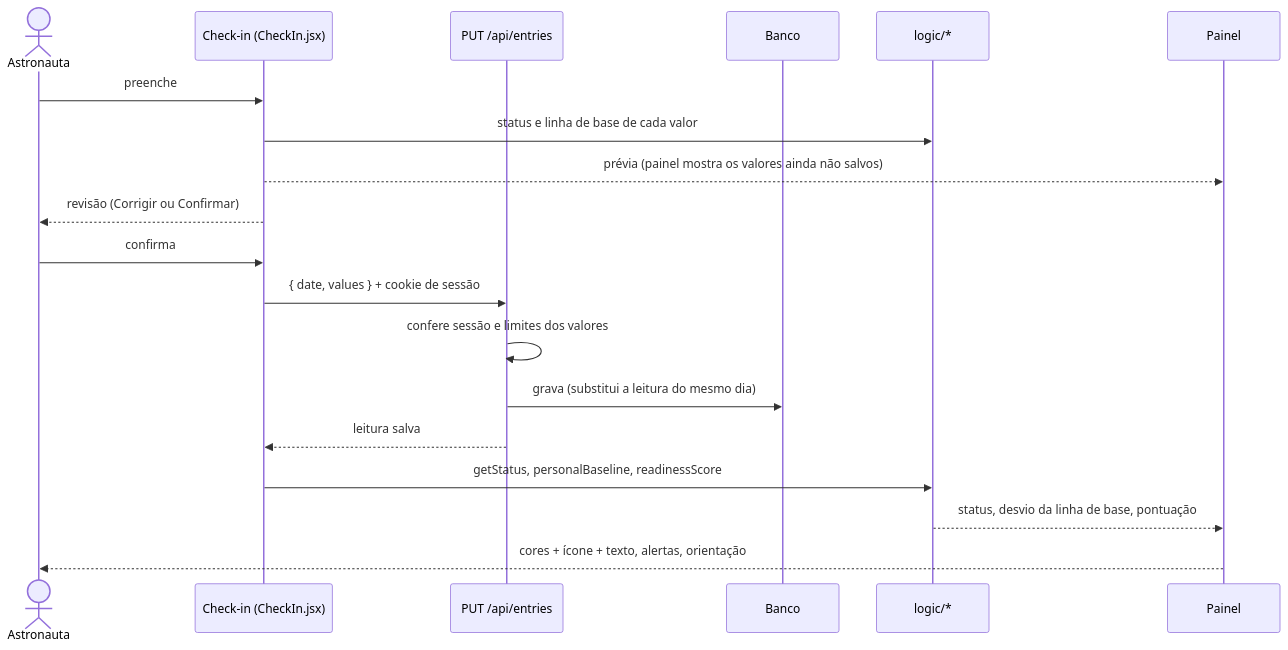
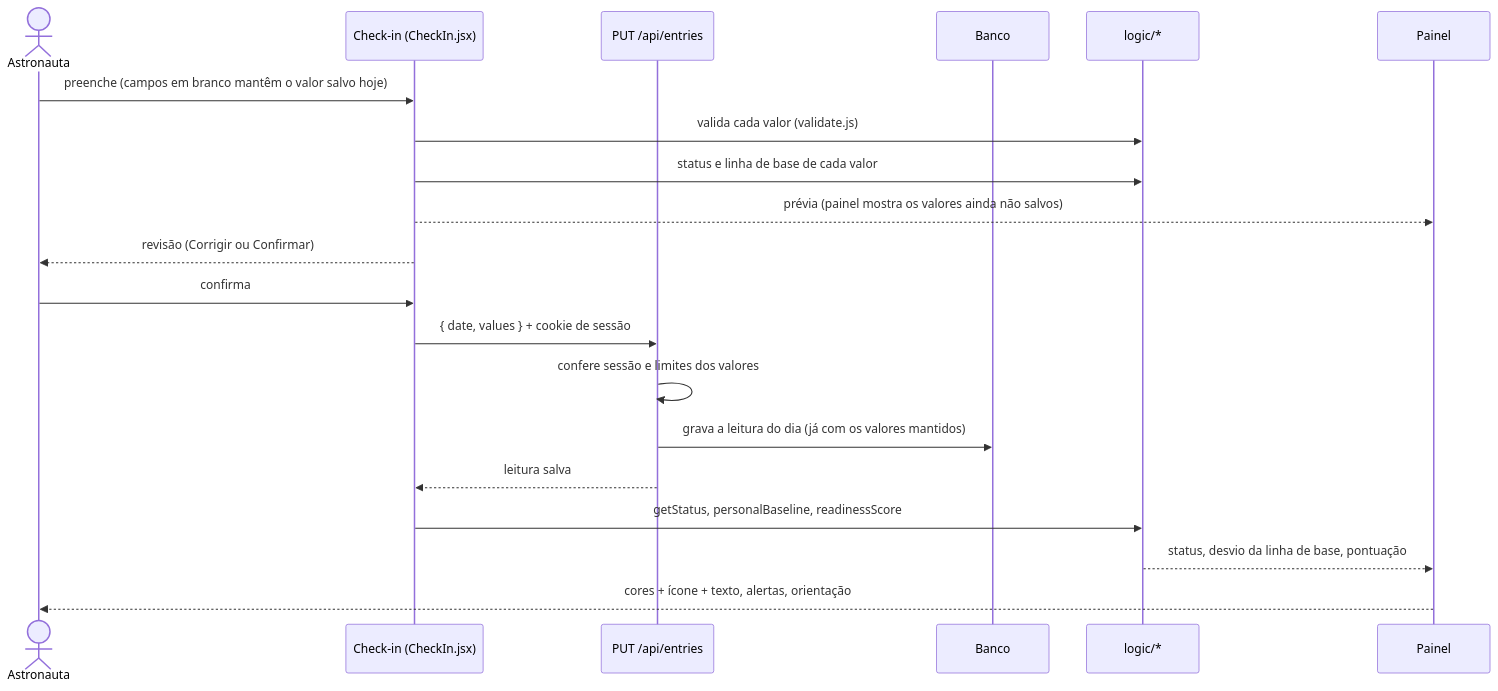
One commit to arthursouto09/Health-Monitoring-Software changed the second of 3 diagrams in docs/arquitetura.md. Above: the diagram before and after it, drawn with Mermaid. The commit also changed other lines of this file and 5 other files, not shown here.

````diff
--- a/docs/arquitetura.md
+++ b/docs/arquitetura.md
@@ -74,22 +74,23 @@
 ```mermaid
 sequenceDiagram
     actor A as Astronauta
     participant C as Check-in (CheckIn.jsx)
     participant API as PUT /api/entries
     participant DB as Banco
     participant L as logic/*
     participant P as Painel
 
-    A->>C: preenche
+    A->>C: preenche (campos em branco mantêm o valor salvo hoje)
+    C->>L: valida cada valor (validate.js)
     C->>L: status e linha de base de cada valor
     C-->>P: prévia (painel mostra os valores ainda não salvos)
     C-->>A: revisão (Corrigir ou Confirmar)
     A->>C: confirma
     C->>API: { date, values } + cookie de sessão
     API->>API: confere sessão e limites dos valores
-    API->>DB: grava (substitui a leitura do mesmo dia)
+    API->>DB: grava a leitura do dia (já com os valores mantidos)
     API-->>C: leitura salva
     C->>L: getStatus, personalBaseline, readinessScore
     L-->>P: status, desvio da linha de base, pontuação
     P-->>A: cores + ícone + texto, alertas, orientação
 ```
````
